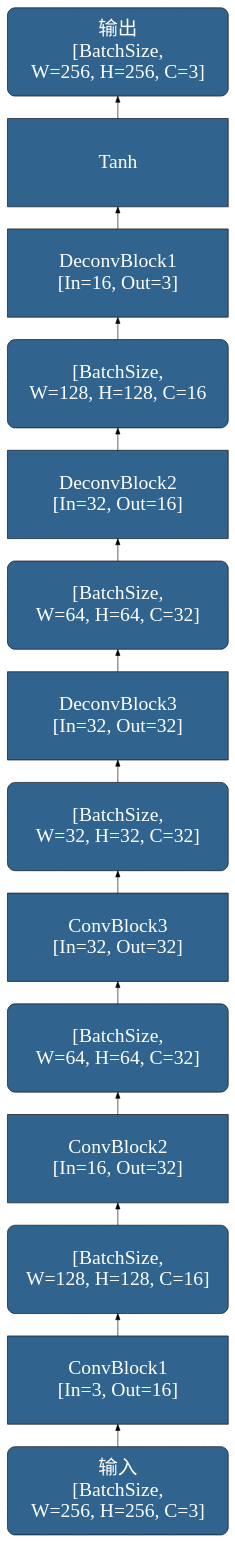
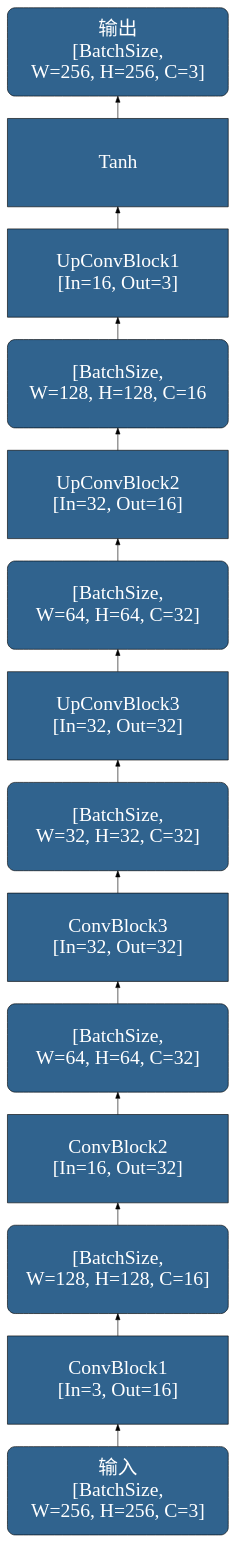
Before and after one commit to OpenDocCN/python-code-anls: the diagram in docs/basic_dl_arch/4_4_cae.dot, drawn with Graphviz. The commit also changed 1 other file, not shown here.

```diff
--- a/docs/basic_dl_arch/4_4_cae.dot
+++ b/docs/basic_dl_arch/4_4_cae.dot
@@ -1,34 +1,34 @@
 digraph ConvAutoEncoder {
 	rankdir=BT
     node [
 		style=filled, 
 		color=Black
 		fontcolor=White, 
 		fillcolor="#30638e", 
 		fontname="SimHei",
 		fontsize=32,
 		width=5, height=2,
 		shape="box",
 	]
 	
 	
 	inp         [label="输入\n[BatchSize,\n W=256, H=256, C=3]", shape="Mrecord"]
 	conv1       [label="ConvBlock1\n[In=3, Out=16]"]
 	featmap_e1  [label="[BatchSize,\nW=128, H=128, C=16]", shape="Mrecord"]
 	conv2       [label="ConvBlock2\n[In=16, Out=32]"]
 	featmap_e2  [label="[BatchSize,\nW=64, H=64, C=32]", shape="Mrecord"]
 	conv3       [label="ConvBlock3\n[In=32, Out=32]"]
 	featmap_e3  [label="[BatchSize,\nW=32, H=32, C=32]", shape="Mrecord"]
-	deconv3     [label="DeconvBlock3\n[In=32, Out=32]"]
+	upconv3     [label="UpConvBlock3\n[In=32, Out=32]"]
 	featmap_d2  [label="[BatchSize,\nW=64, H=64, C=32]", shape="Mrecord"]
-	deconv2     [label="DeconvBlock2\n[In=32, Out=16]"]
+	upconv2     [label="UpConvBlock2\n[In=32, Out=16]"]
 	featmap_d1  [label="[BatchSize,\nW=128, H=128, C=16", shape="Mrecord"]
-	deconv1     [label="DeconvBlock1\n[In=16, Out=3]"]
+	upconv1     [label="UpConvBlock1\n[In=16, Out=3]"]
 	tanh        [label="Tanh"]
 	oup         [label="输出\n[BatchSize,\n W=256, H=256, C=3]", shape="Mrecord"]
 
 	inp -> conv1 -> featmap_e1 -> conv2 -> featmap_e2
-        -> conv3 -> featmap_e3 -> deconv3 -> featmap_d2
-        -> deconv2 -> featmap_d1 -> deconv1
+        -> conv3 -> featmap_e3 -> upconv3 -> featmap_d2
+        -> upconv2 -> featmap_d1 -> upconv1
         -> tanh -> oup 
 }
```
